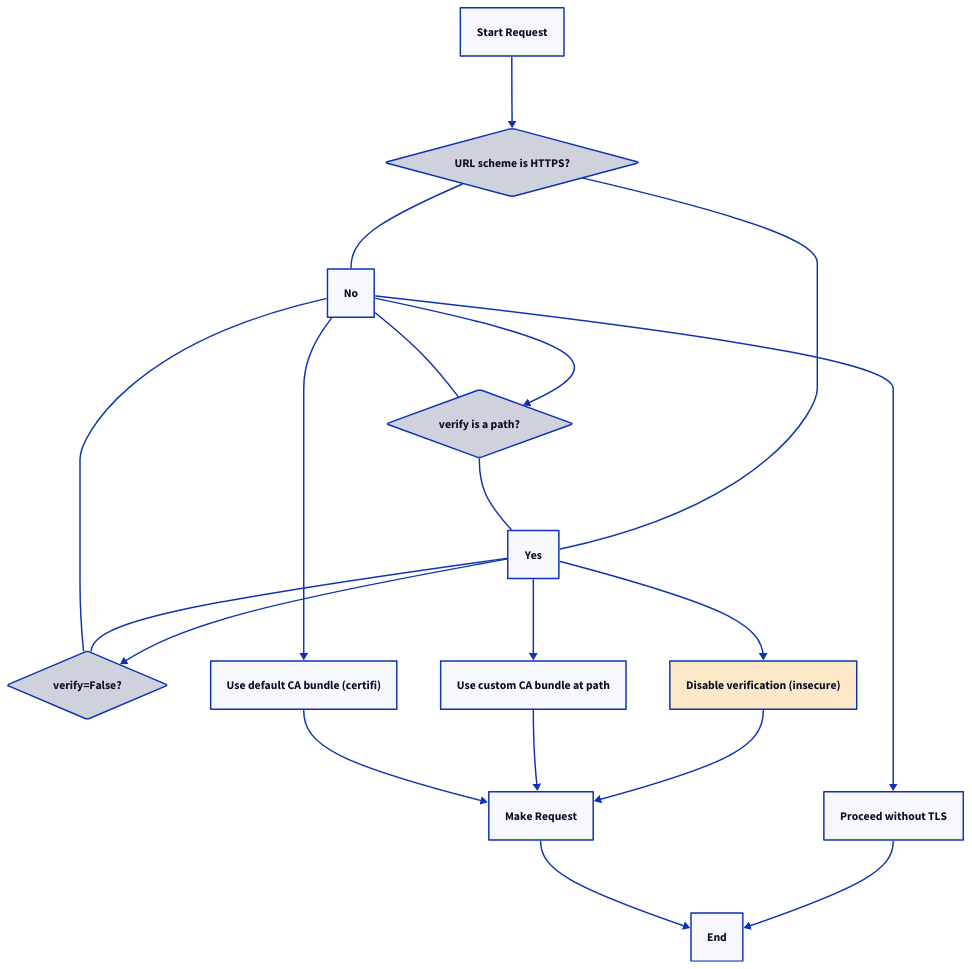
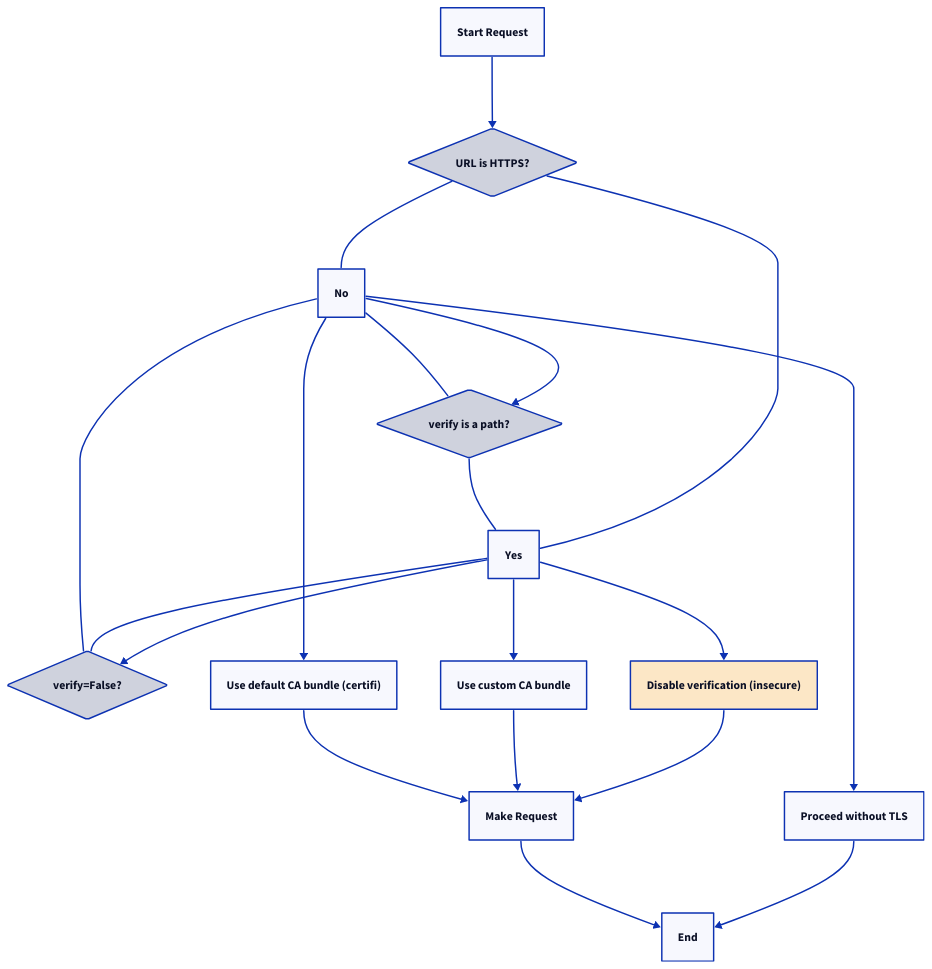
One commit to lban2049/requests changed the diagram in .aigne/doc-smith/docs/advanced-usage-ssl-cert-verification.md. Above: the diagram before and after it, drawn with D2. The commit also changed other lines of this file and 31 other files, not shown here.

````diff
--- a/.aigne/doc-smith/docs/advanced-usage-ssl-cert-verification.md
+++ b/.aigne/doc-smith/docs/advanced-usage-ssl-cert-verification.md
@@ -95,38 +95,38 @@
 ```d2
 direction: down
 
 start: "Start Request"
-is_https: "URL scheme is HTTPS?" {
+is_https: "URL is HTTPS?" {
   shape: diamond
 }
 no_tls: "Proceed without TLS"
 verify_false: "verify=False?" {
     shape: diamond
 }
 disable_verify: "Disable verification (insecure)" {
     style.fill: "#fce7c6"
 }
 is_path: "verify is a path?" {
     shape: diamond
 }
-custom_ca: "Use custom CA bundle at path"
+custom_ca: "Use custom CA bundle"
 default_ca: "Use default CA bundle (certifi)"
 make_request: "Make Request"
 end: "End"
 
 start -> is_https
 is_https -- "No" -> no_tls
 is_https -- "Yes" -> verify_false
 
 verify_false -- "Yes" -> disable_verify
 verify_false -- "No" -> is_path
 
 is_path -- "Yes" -> custom_ca
 is_path -- "No" -> default_ca
 
 disable_verify -> make_request
 custom_ca -> make_request
 default_ca -> make_request
 no_tls -> end
 make_request -> end
 ```
````
